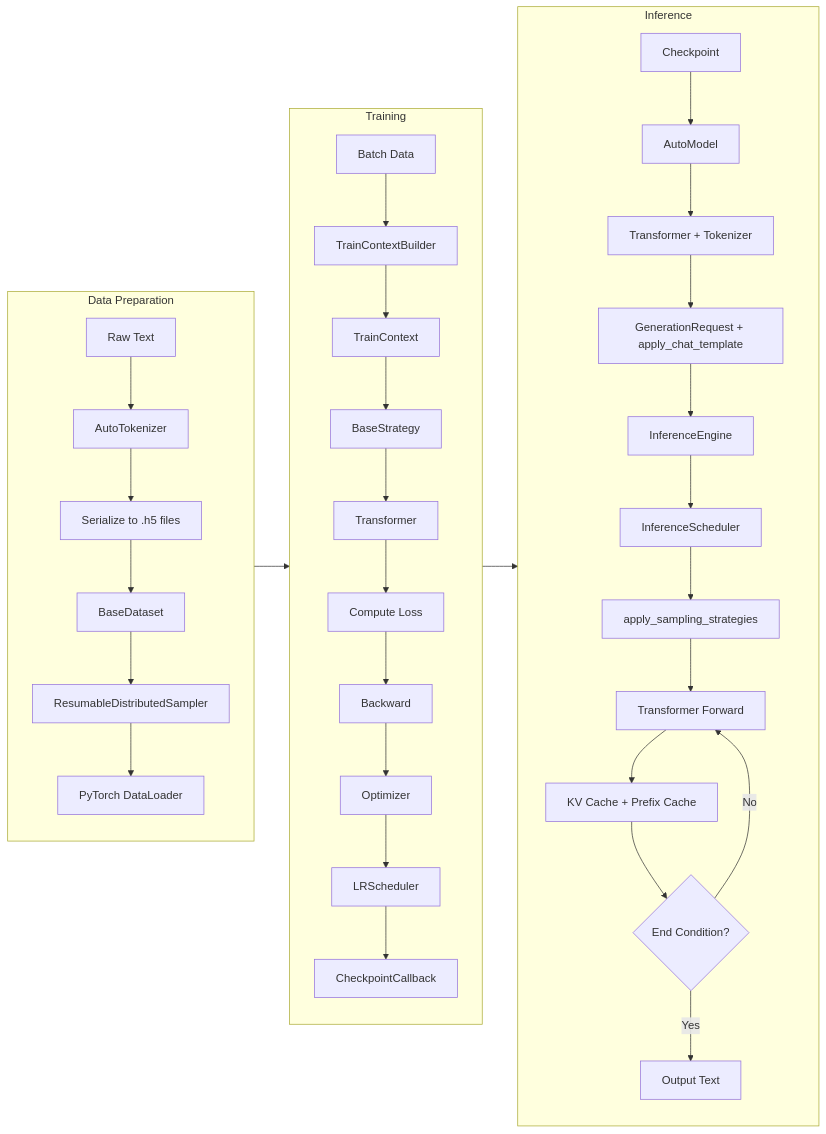
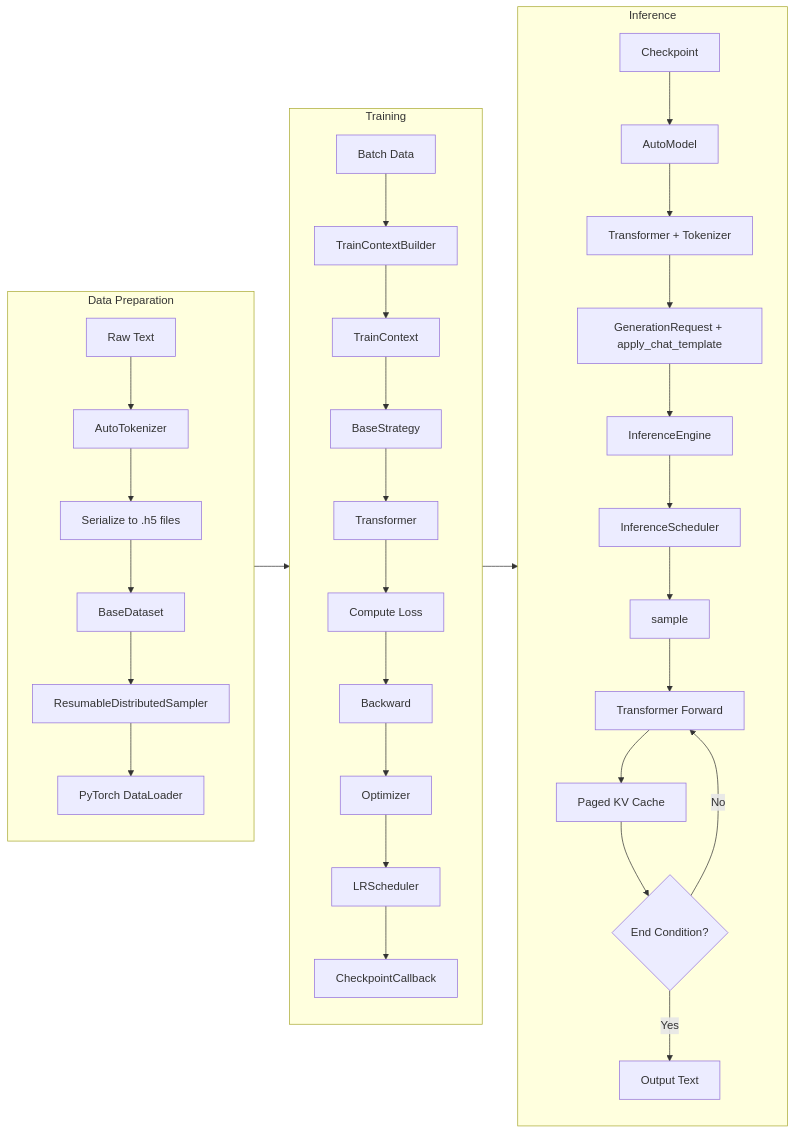
One commit to ViperEkura/KHAOSZ changed the diagram in assets/docs/dataflow.md. Above: the diagram before and after it, drawn with Mermaid. The commit also changed other lines of this file and 1 other file, not shown here.

Commit message:
docs: 更新文档以匹配分页 KV cache 等代码重构

````diff
--- a/assets/docs/dataflow.md
+++ b/assets/docs/dataflow.md
@@ -21,42 +21,42 @@
 ```mermaid
 flowchart LR
     subgraph A[Data Preparation]
         direction TB
         A1[Raw Text] --> A2[AutoTokenizer]
         A2 --> A3[Serialize to .h5 files]
         A3 --> A4[BaseDataset]
         A4 --> A5[ResumableDistributedSampler]
         A5 --> A6[PyTorch DataLoader]
     end
 
     subgraph B[Training]
         direction TB
         B1[Batch Data] --> B2[TrainContextBuilder]
         B2 --> B3[TrainContext]
         B3 --> B4[BaseStrategy]
         B4 --> B5[Transformer]
         B5 --> B6[Compute Loss]
         B6 --> B7[Backward]
         B7 --> B8[Optimizer]
         B8 --> B9[LRScheduler]
         B9 --> B10[CheckpointCallback]
     end
 
     subgraph C[Inference]
         direction TB
         C1[Checkpoint] --> C2[AutoModel]
         C2 --> C3[Transformer + Tokenizer]
         C3 --> C4[GenerationRequest + apply_chat_template]
         C4 --> C5[InferenceEngine]
         C5 --> C6[InferenceScheduler]
-        C6 --> C7[apply_sampling_strategies]
+        C6 --> C7[sample]
         C7 --> C8[Transformer Forward]
-        C8 --> C9[KV Cache + Prefix Cache]
+        C8 --> C9[Paged KV Cache]
         C9 --> C10{End Condition?}
         C10 -->|No| C8
         C10 -->|Yes| C11[Output Text]
     end
 
     A --> B
     B --> C
 ```
````
